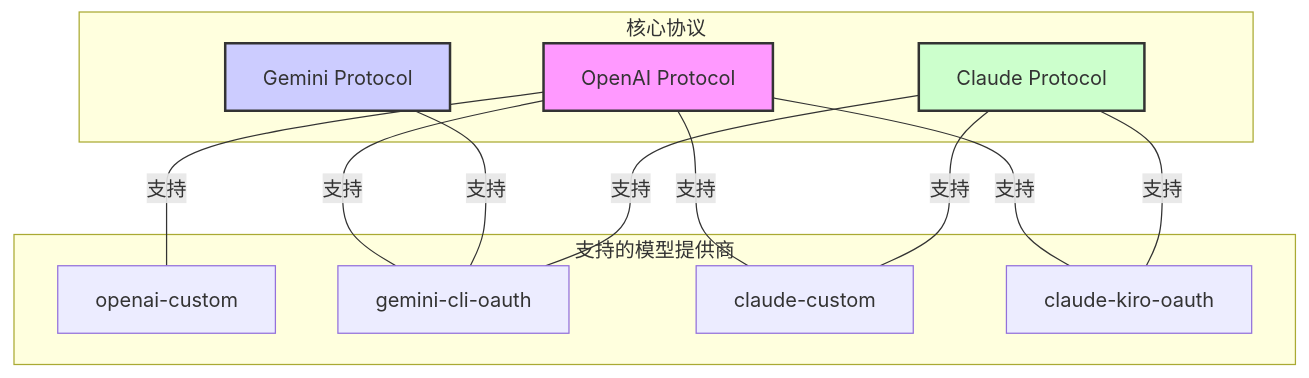
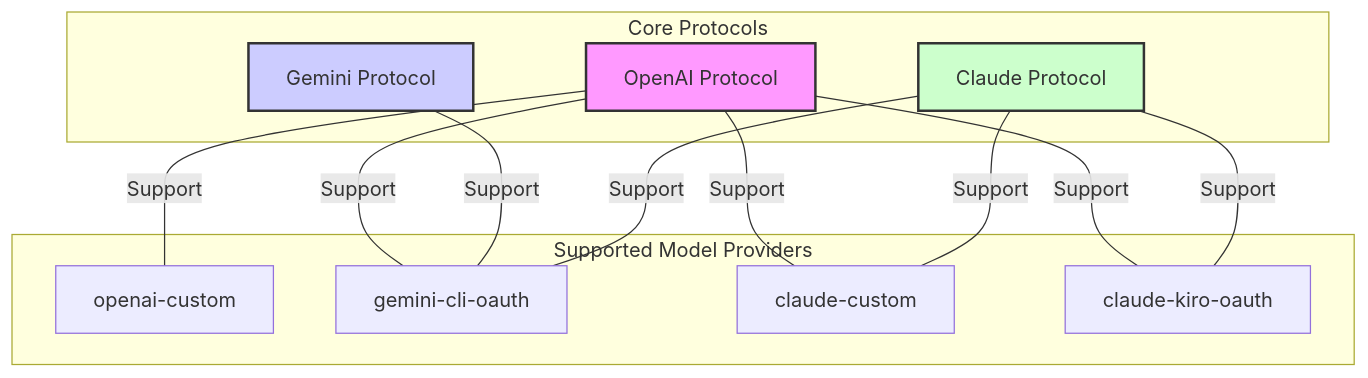
One commit to justlovemaki/AIClient-2-API changed the diagram in README-EN.md. Above: the diagram before and after it, drawn with Mermaid. The commit also changed other lines of this file and 3 other files, not shown here.

````diff
--- a/README-EN.md
+++ b/README-EN.md
@@ -58,32 +58,32 @@
   ```mermaid
   
    graph TD
-       subgraph Core_Protocols["核心协议"]
-           P_OPENAI[OpenAI Protocol]
-           P_GEMINI[Gemini Protocol]
-           P_CLAUDE[Claude Protocol]
-       end
-   
-       subgraph Supported_Model_Providers["支持的模型提供商"]
-           MP_OPENAI[openai-custom]
-           MP_GEMINI[gemini-cli-oauth]
-           MP_CLAUDE_C[claude-custom]
-           MP_CLAUDE_K[claude-kiro-oauth]
-       end
-   
-       P_OPENAI ---|支持| MP_OPENAI
-       P_OPENAI ---|支持| MP_GEMINI
-       P_OPENAI ---|支持| MP_CLAUDE_C
-       P_OPENAI ---|支持| MP_CLAUDE_K
-   
-       P_GEMINI ---|支持| MP_GEMINI
-   
-       P_CLAUDE ---|支持| MP_CLAUDE_C
-       P_CLAUDE ---|支持| MP_CLAUDE_K
-       P_CLAUDE ---|支持| MP_GEMINI
-   
-       style P_OPENAI fill:#f9f,stroke:#333,stroke-width:2px
-       style P_GEMINI fill:#ccf,stroke:#333,stroke-width:2px
-       style P_CLAUDE fill:#cfc,stroke:#333,stroke-width:2px
+        subgraph Core_Protocols["Core Protocols"]
+            P_OPENAI[OpenAI Protocol]
+            P_GEMINI[Gemini Protocol]
+            P_CLAUDE[Claude Protocol]
+        end
+    
+        subgraph Supported_Model_Providers["Supported Model Providers"]
+            MP_OPENAI[openai-custom]
+            MP_GEMINI[gemini-cli-oauth]
+            MP_CLAUDE_C[claude-custom]
+            MP_CLAUDE_K[claude-kiro-oauth]
+        end
+    
+        P_OPENAI ---|Support| MP_OPENAI
+        P_OPENAI ---|Support| MP_GEMINI
+        P_OPENAI ---|Support| MP_CLAUDE_C
+        P_OPENAI ---|Support| MP_CLAUDE_K
+    
+        P_GEMINI ---|Support| MP_GEMINI
+    
+        P_CLAUDE ---|Support| MP_CLAUDE_C
+        P_CLAUDE ---|Support| MP_CLAUDE_K
+        P_CLAUDE ---|Support| MP_GEMINI
+    
+        style P_OPENAI fill:#f9f,stroke:#333,stroke-width:2px
+        style P_GEMINI fill:#ccf,stroke:#333,stroke-width:2px
+        style P_CLAUDE fill:#cfc,stroke:#333,stroke-width:2px
 
   ```
````
